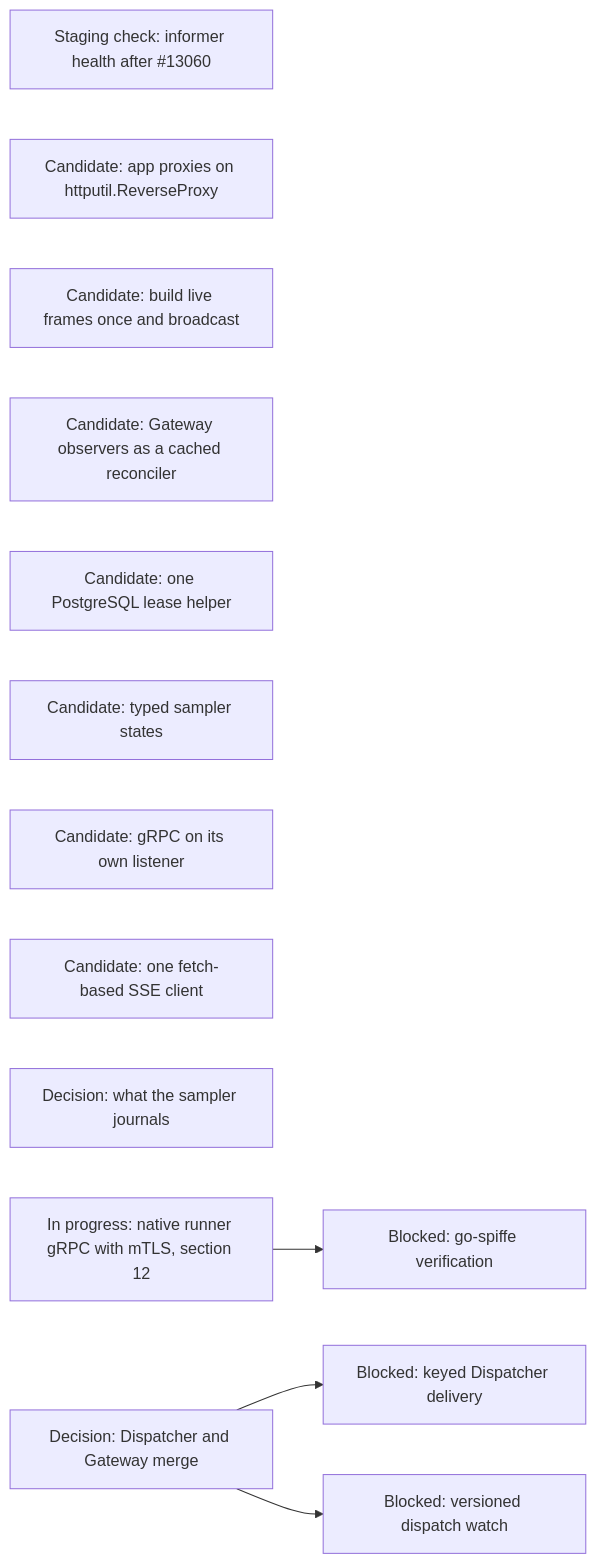
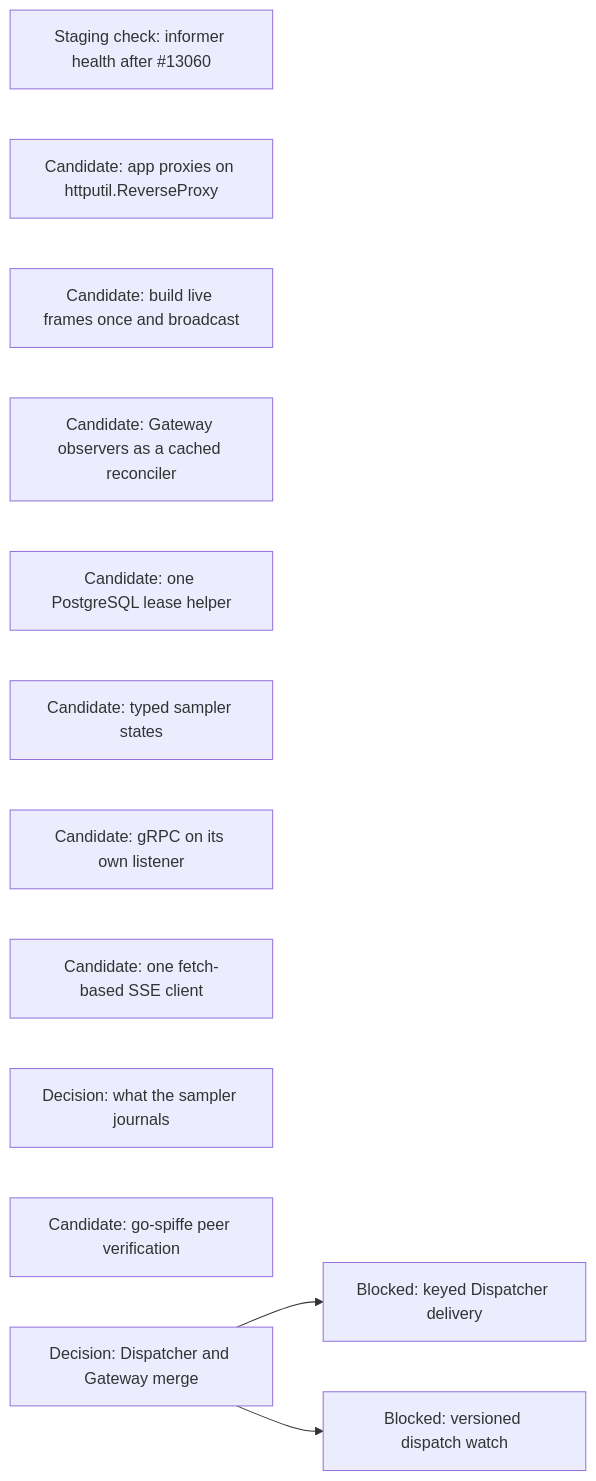
Before and after one commit to agentydragon/ducktape: diagram 18 of 18 in agentplane/plans/task_dag.md, drawn with Mermaid. The commit also changed other lines of this file and 1 other file, not shown here.

First line of the commit message:
agentplane plans: burn down RUNNER_CONTROL_TRANSPORT_DESIGN

````diff
--- a/agentplane/plans/task_dag.md
+++ b/agentplane/plans/task_dag.md
@@ -1924,15 +1908,15 @@
 ```mermaid
 flowchart LR
     KUBERNETES_NATIVE_WATCH_HEALTH[Staging check: informer health after #13060]
     APP_PROXY_REVERSE_PROXY[Candidate: app proxies on httputil.ReverseProxy]
     APP_LIVE_FRAME_BROADCAST[Candidate: build live frames once and broadcast]
     GATEWAY_OBSERVER_RECONCILER[Candidate: Gateway observers as a cached reconciler]
     POSTGRES_LEASE_HELPER[Candidate: one PostgreSQL lease helper]
     SAMPLER_TYPED_STATE[Candidate: typed sampler states]
     GRPC_NATIVE_LISTENER[Candidate: gRPC on its own listener]
     FRONTEND_SSE_CLIENT[Candidate: one fetch-based SSE client]
     SAMPLER_JOURNAL_DIET[Decision: what the sampler journals]
-    RUNNER_CONTROL_TRANSPORT_DESIGN[In progress: native runner gRPC with mTLS, section 12] --> RUNNER_MTLS_GO_SPIFFE[Blocked: go-spiffe verification]
+    RUNNER_MTLS_GO_SPIFFE[Candidate: go-spiffe peer verification]
     DISPATCHER_PERSISTENCE_MODEL_DESIGN[Decision: Dispatcher and Gateway merge] --> DISPATCHER_KEYED_DELIVERY[Blocked: keyed Dispatcher delivery]
     DISPATCHER_PERSISTENCE_MODEL_DESIGN --> DISPATCHER_WATCH_VERSIONS[Blocked: versioned dispatch watch]
 ```
````
